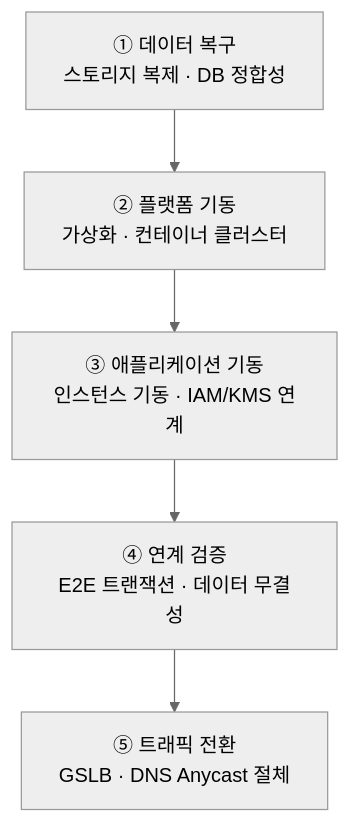
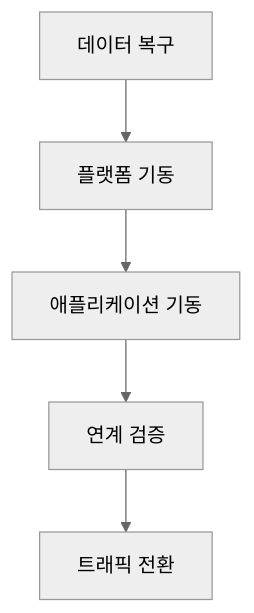
The second of 2 diagrams in src/content/docs/notes/itpe/01-it-strategy/042_drs.md (agnusdei1207/study), drawn with Mermaid (neutral theme) before and after one commit. The commit also changed other lines of this file and 19 other files, not shown here.

````diff
--- a/src/content/docs/notes/itpe/01-it-strategy/042_drs.md
+++ b/src/content/docs/notes/itpe/01-it-strategy/042_drs.md
@@ -158,7 +132,7 @@
 ```mermaid
 flowchart TD
-    S1["① 데이터 복구<br/>스토리지 복제 · DB 정합성"] --> S2["② 플랫폼 기동<br/>가상화 · 컨테이너 클러스터"]
-    S2 --> S3["③ 애플리케이션 기동<br/>인스턴스 기동 · IAM/KMS 연계"]
-    S3 --> S4["④ 연계 검증<br/>E2E 트랜잭션 · 데이터 무결성"]
-    S4 --> S5["⑤ 트래픽 전환<br/>GSLB · DNS Anycast 절체"]
+    S1["데이터 복구"] --> S2["플랫폼 기동"]
+    S2 --> S3["애플리케이션 기동"]
+    S3 --> S4["연계 검증"]
+    S4 --> S5["트래픽 전환"]
 ```
````
